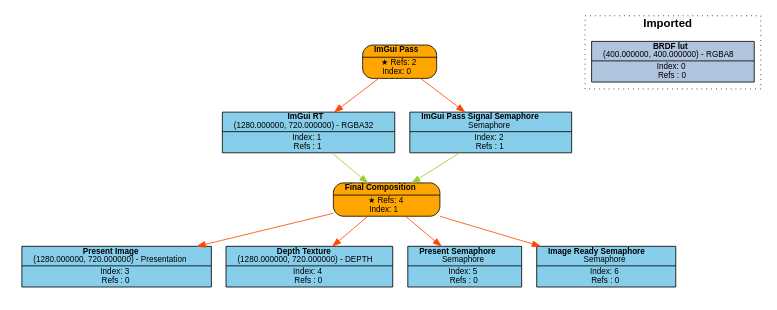
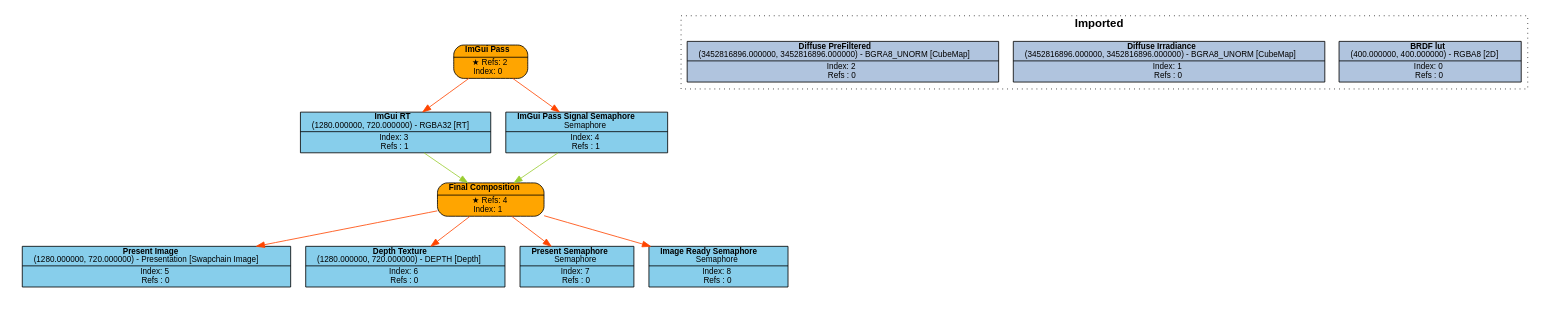
Before and after one commit to Pikachuxxxx/Razix: the diagram in Engine/content/FrameGraphs/frame_graph_test.dot, drawn with Graphviz. The commit also changed 8 other files, not shown here.

Commit message:
Added irradiance and prefiltered maps to frame graph;

```diff
--- a/Engine/content/FrameGraphs/frame_graph_test.dot
+++ b/Engine/content/FrameGraphs/frame_graph_test.dot
@@ -1,39 +1,43 @@
 digraph FrameGraph {
 graph [style=invis, rankdir="TB" ordering=out, splines=spline]
 node [shape=record, fontname="helvetica", fontsize=10, margin="0.2,0.03"]
 
 P0 [label=<{ {<B>ImGui Pass</B>} | {&#x2605; Refs: 2<BR/> Index: 0} }> style="rounded,filled", fillcolor=orange]
 P1 [label=<{ {<B>Final Composition</B>} | {&#x2605; Refs: 4<BR/> Index: 1} }> style="rounded,filled", fillcolor=orange]
 
-R0_1 [label=<{ {<B>BRDF lut</B><BR/>(400.000000, 400.000000) - RGBA8} | {Index: 0<BR/>Refs : 0} }> style=filled, fillcolor=lightsteelblue]
-R1_1 [label=<{ {<B>ImGui RT</B><BR/>(1280.000000, 720.000000) - RGBA32} | {Index: 1<BR/>Refs : 1} }> style=filled, fillcolor=skyblue]
-R2_1 [label=<{ {<B>ImGui Pass Signal Semaphore</B><BR/>Semaphore} | {Index: 2<BR/>Refs : 1} }> style=filled, fillcolor=skyblue]
-R3_1 [label=<{ {<B>Present Image</B><BR/>(1280.000000, 720.000000) - Presentation} | {Index: 3<BR/>Refs : 0} }> style=filled, fillcolor=skyblue]
-R4_1 [label=<{ {<B>Depth Texture</B><BR/>(1280.000000, 720.000000) - DEPTH} | {Index: 4<BR/>Refs : 0} }> style=filled, fillcolor=skyblue]
-R5_1 [label=<{ {<B>Present Semaphore</B><BR/>Semaphore} | {Index: 5<BR/>Refs : 0} }> style=filled, fillcolor=skyblue]
-R6_1 [label=<{ {<B>Image Ready Semaphore</B><BR/>Semaphore} | {Index: 6<BR/>Refs : 0} }> style=filled, fillcolor=skyblue]
+R0_1 [label=<{ {<B>BRDF lut</B><BR/>(400.000000, 400.000000) - RGBA8 [2D]} | {Index: 0<BR/>Refs : 0} }> style=filled, fillcolor=lightsteelblue]
+R1_1 [label=<{ {<B>Diffuse Irradiance</B><BR/>(3452816896.000000, 3452816896.000000) - BGRA8_UNORM [CubeMap]} | {Index: 1<BR/>Refs : 0} }> style=filled, fillcolor=lightsteelblue]
+R2_1 [label=<{ {<B>Diffuse PreFiltered</B><BR/>(3452816896.000000, 3452816896.000000) - BGRA8_UNORM [CubeMap]} | {Index: 2<BR/>Refs : 0} }> style=filled, fillcolor=lightsteelblue]
+R3_1 [label=<{ {<B>ImGui RT</B><BR/>(1280.000000, 720.000000) - RGBA32 [RT]} | {Index: 3<BR/>Refs : 1} }> style=filled, fillcolor=skyblue]
+R4_1 [label=<{ {<B>ImGui Pass Signal Semaphore</B><BR/>Semaphore} | {Index: 4<BR/>Refs : 1} }> style=filled, fillcolor=skyblue]
+R5_1 [label=<{ {<B>Present Image</B><BR/>(1280.000000, 720.000000) - Presentation [Swapchain Image]} | {Index: 5<BR/>Refs : 0} }> style=filled, fillcolor=skyblue]
+R6_1 [label=<{ {<B>Depth Texture</B><BR/>(1280.000000, 720.000000) - DEPTH [Depth]} | {Index: 6<BR/>Refs : 0} }> style=filled, fillcolor=skyblue]
+R7_1 [label=<{ {<B>Present Semaphore</B><BR/>Semaphore} | {Index: 7<BR/>Refs : 0} }> style=filled, fillcolor=skyblue]
+R8_1 [label=<{ {<B>Image Ready Semaphore</B><BR/>Semaphore} | {Index: 8<BR/>Refs : 0} }> style=filled, fillcolor=skyblue]
 
-P0 -> { R1_1 R2_1 } [color=orangered]
-P1 -> { R3_1 R4_1 R5_1 R6_1 } [color=orangered]
+P0 -> { R3_1 R4_1 } [color=orangered]
+P1 -> { R5_1 R6_1 R7_1 R8_1 } [color=orangered]
 
 R0_1 -> { } [color=olivedrab3]
-R1_1 -> { P1 } [color=olivedrab3]
-R2_1 -> { P1 } [color=olivedrab3]
-R3_1 -> { } [color=olivedrab3]
-R4_1 -> { } [color=olivedrab3]
+R1_1 -> { } [color=olivedrab3]
+R2_1 -> { } [color=olivedrab3]
+R3_1 -> { P1 } [color=olivedrab3]
+R4_1 -> { P1 } [color=olivedrab3]
 R5_1 -> { } [color=olivedrab3]
 R6_1 -> { } [color=olivedrab3]
+R7_1 -> { } [color=olivedrab3]
+R8_1 -> { } [color=olivedrab3]
 
 subgraph cluster_0 {
-P0 R1_1 R2_1 
+P0 R3_1 R4_1 
 }
 subgraph cluster_1 {
-P1 R3_1 R4_1 R5_1 R6_1 
+P1 R5_1 R6_1 R7_1 R8_1 
 }
 
 subgraph cluster_imported_resources {
 graph [style=dotted, fontname="helvetica", label=< <B>Imported</B> >]
-R0_1 
+R0_1 R1_1 R2_1 
 }
 
 }
```
